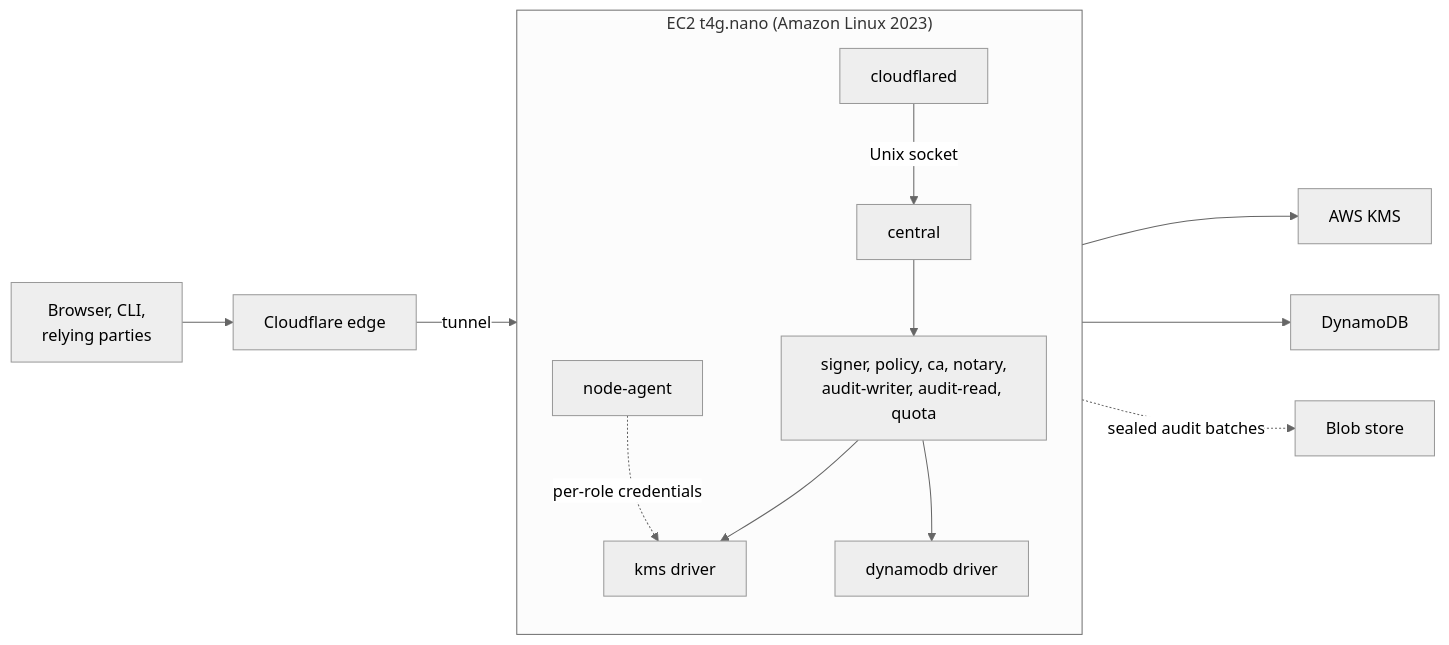
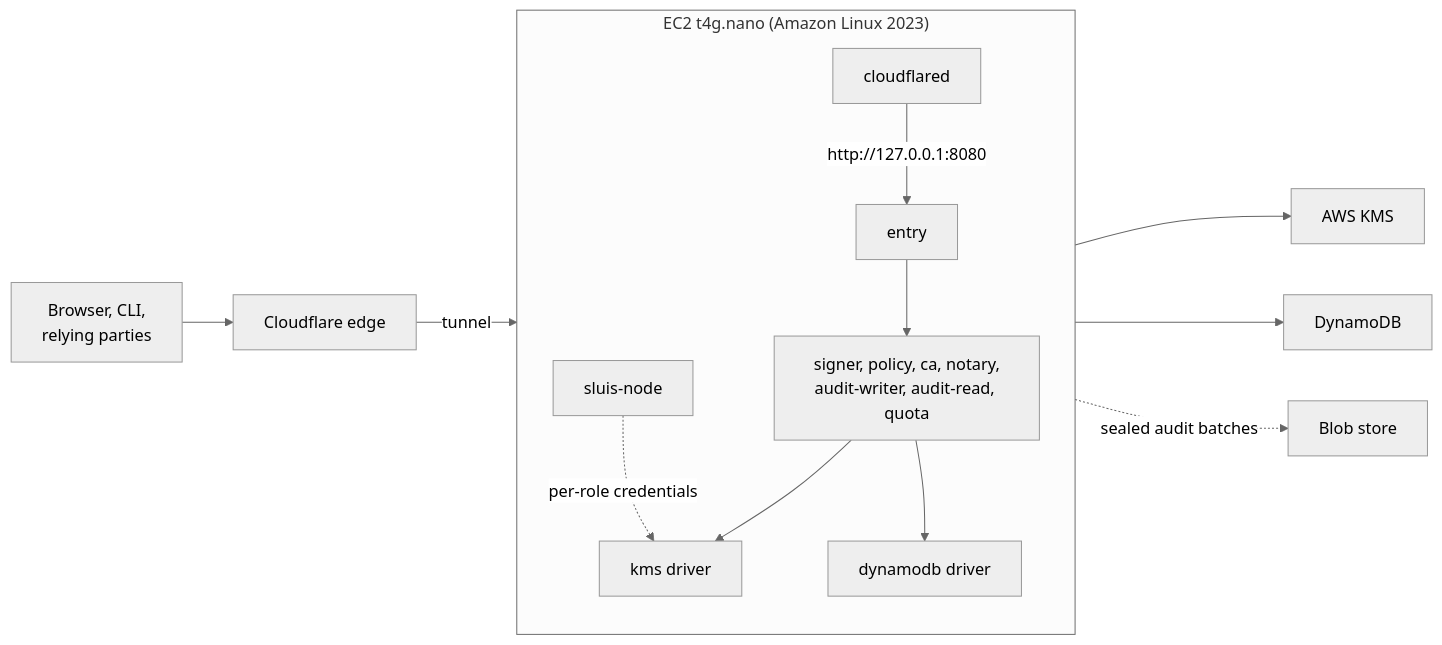
Before and after one commit to truvity/sluis: the diagram in docs/shapes/aws-ec2-single.md, drawn with Mermaid (neutral theme). The commit also changed other lines of this file and 26 other files, not shown here.

````diff
--- a/docs/shapes/aws-ec2-single.md
+++ b/docs/shapes/aws-ec2-single.md
@@ -13,22 +13,22 @@
 ```mermaid
 flowchart LR
   user["Browser, CLI,<br/>relying parties"] --> cf["Cloudflare edge"]
   cf -- "tunnel" --> cfd
   subgraph ec2["EC2 t4g.nano (Amazon Linux 2023)"]
     direction TB
     cfd["cloudflared"]
-    central["central"]
+    entry["entry"]
     roles["signer, policy, ca, notary,<br/>audit-writer, audit-read, quota"]
-    na["node-agent"]
+    na["sluis-node"]
     kmsd["kms driver"]
     ddb["dynamodb driver"]
-    cfd -- "Unix socket" --> central
-    central --> roles
+    cfd -- "http://127.0.0.1:8080" --> entry
+    entry --> roles
     roles --> kmsd
     roles --> ddb
     na -. "per-role credentials" .-> kmsd
   end
   kmsd --> kms["AWS KMS"]
   ddb --> dyn["DynamoDB"]
   roles -. "sealed audit batches" .-> s3["Blob store"]
 ```
````
